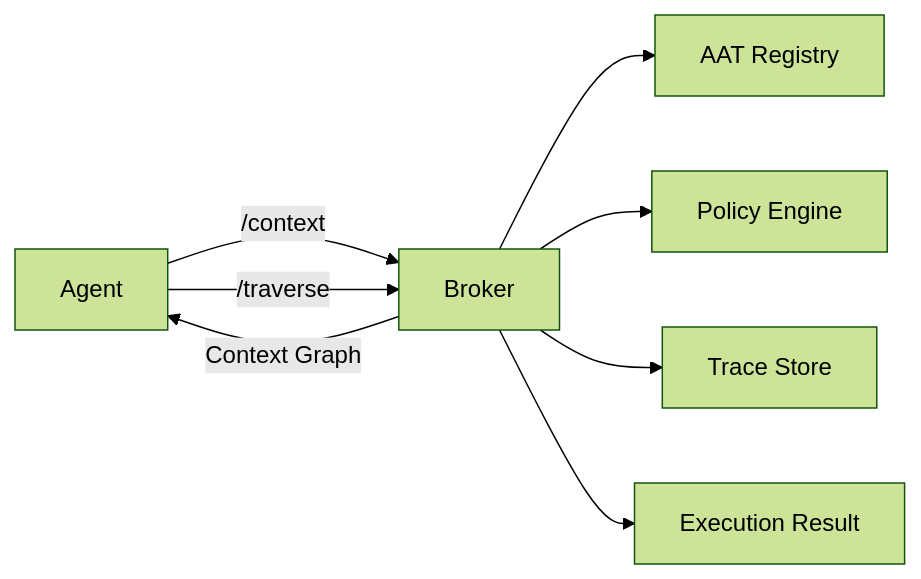
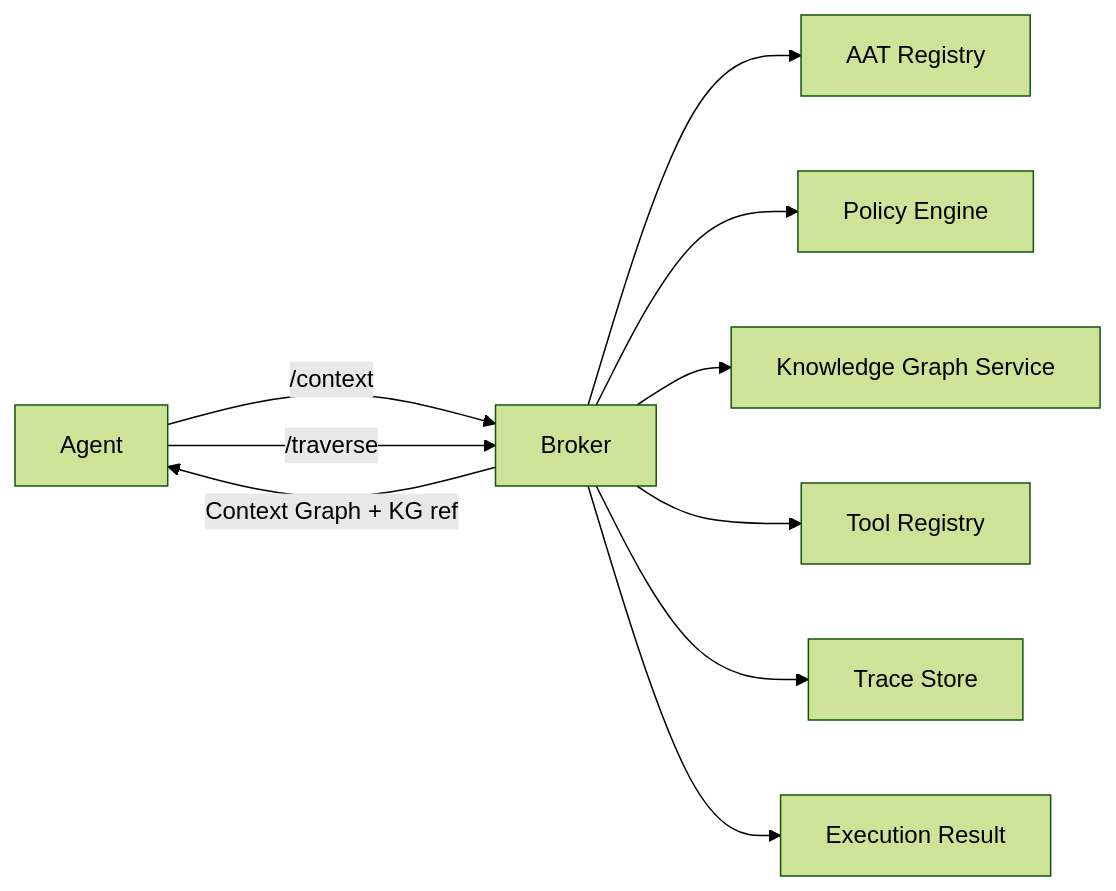
One commit to markjspivey-xwisee/agent-context-graph-implementation changed the first of 2 diagrams in OVERVIEW.md. Above: the diagram before and after it, drawn with Mermaid (forest theme). The commit also changed other lines of this file and 26 other files, not shown here.

Commit message:
Add knowledge graph support and tool authoring examples

````diff
--- a/OVERVIEW.md
+++ b/OVERVIEW.md
@@ -11,10 +11,12 @@
 ```mermaid
 flowchart LR
   Agent -->|/context| Broker
   Broker --> AAT[AAT Registry]
   Broker --> Policy[Policy Engine]
-  Broker -->|Context Graph| Agent
+  Broker --> KG[Knowledge Graph Service]
+  Broker --> Tools[Tool Registry]
+  Broker -->|Context Graph + KG ref| Agent
   Agent -->|/traverse| Broker
   Broker --> Trace[Trace Store]
   Broker --> Outcome[Execution Result]
 ```
````
